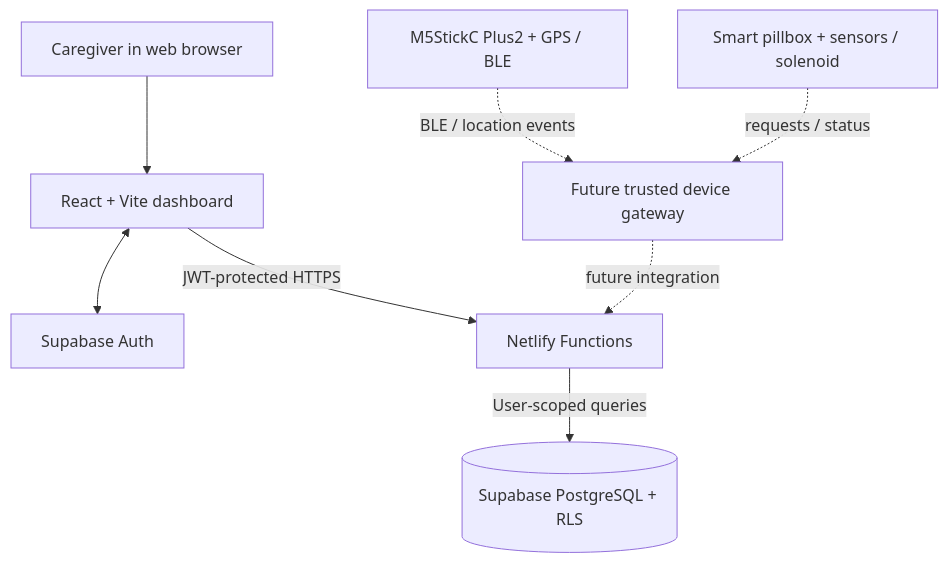
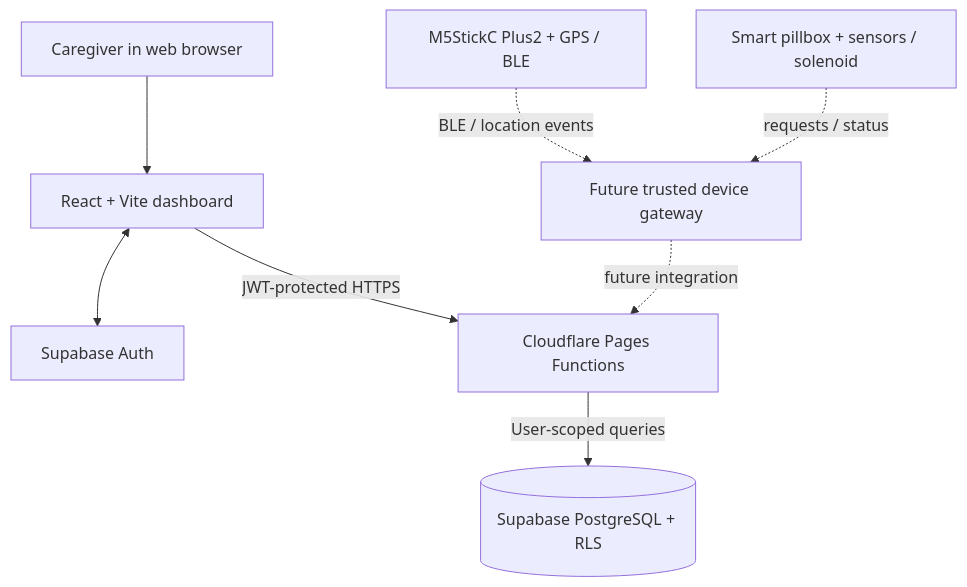
The diagram in README.md (ChayapholPannak/GeoWrisX-AD), drawn with Mermaid before and after one commit. The commit also changed other lines of this file and 28 other files, not shown here.

Commit message:
feat: migrate web deployment to cloudflare pages

````diff
--- a/README.md
+++ b/README.md
@@ -41,19 +41,19 @@
 ```mermaid
 flowchart TD
     Caregiver[Caregiver in web browser]
     Web[React + Vite dashboard]
     Auth[Supabase Auth]
-    API[Netlify Functions]
+    API[Cloudflare Pages Functions]
     DB[(Supabase PostgreSQL + RLS)]
     Gateway[Future trusted device gateway]
     Wristband[M5StickC Plus2 + GPS / BLE]
     Pillbox[Smart pillbox + sensors / solenoid]
 
     Caregiver --> Web
     Web <--> Auth
     Web -->|JWT-protected HTTPS| API
     API -->|User-scoped queries| DB
     Gateway -. future integration .-> API
     Wristband -. BLE / location events .-> Gateway
     Pillbox -. requests / status .-> Gateway
 ```
````
